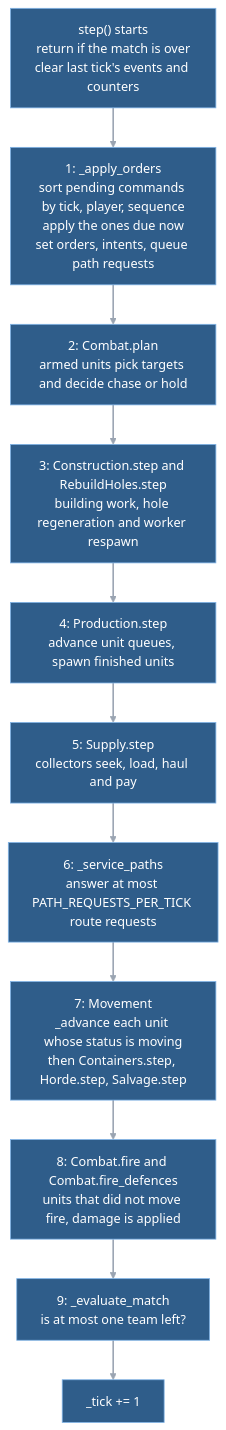
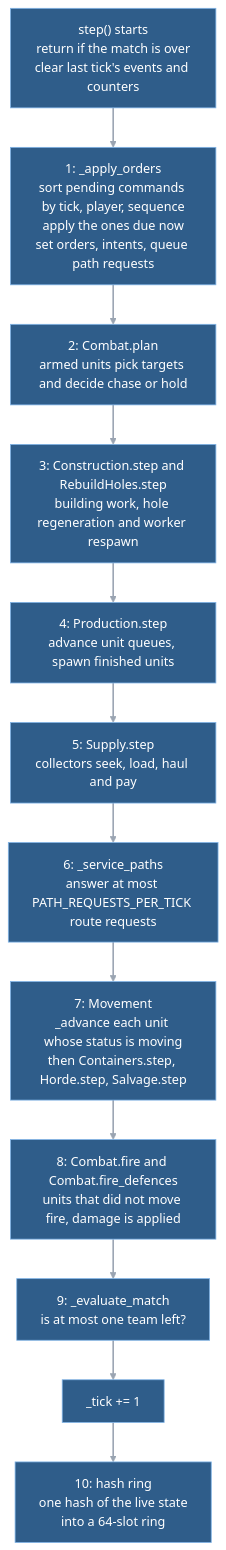
Before and after one commit to pdstuber/wargrid: the first of 2 diagrams in docs/guide/04-the-tick.md, drawn with Mermaid (base theme). The commit also changed other lines of this file and 13 other files, not shown here.

First line of the commit message:
Cheaper hash ring, docs and package gate for Sim quick wins

````diff
--- a/docs/guide/04-the-tick.md
+++ b/docs/guide/04-the-tick.md
@@ -9,17 +9,18 @@
 ```mermaid
 flowchart TD
     A["step() starts<br/>return if the match is over<br/>clear last tick's events and counters"] --> B
     B["1: _apply_orders<br/>sort pending commands by tick, player, sequence<br/>apply the ones due now<br/>set orders, intents, queue path requests"] --> C
     C["2: Combat.plan<br/>armed units pick targets and decide chase or hold"] --> D
     D["3: Construction.step and RebuildHoles.step<br/>building work, hole regeneration and worker respawn"] --> E
     E["4: Production.step<br/>advance unit queues, spawn finished units"] --> F
     F["5: Supply.step<br/>collectors seek, load, haul and pay"] --> G
     G["6: _service_paths<br/>answer at most PATH_REQUESTS_PER_TICK route requests"] --> H
     H["7: Movement<br/>_advance each unit whose status is moving<br/>then Containers.step, Horde.step, Salvage.step"] --> I
     I["8: Combat.fire and Combat.fire_defences<br/>units that did not move fire, damage is applied"] --> J
     J["9: _evaluate_match<br/>is at most one team left?"] --> K
-    K["_tick += 1"]
+    K["_tick += 1"] --> L
+    L["10: hash ring<br/>one hash of the live state<br/>into a 64-slot ring"]
     classDef sim fill:#2f5d8a,stroke:#7fb3e6,color:#ffffff
-    class A,B,C,D,E,F,G,H,I,J,K sim
+    class A,B,C,D,E,F,G,H,I,J,K,L sim
     linkStyle default stroke:#9aa4b2,stroke-width:2px
 ```
````
